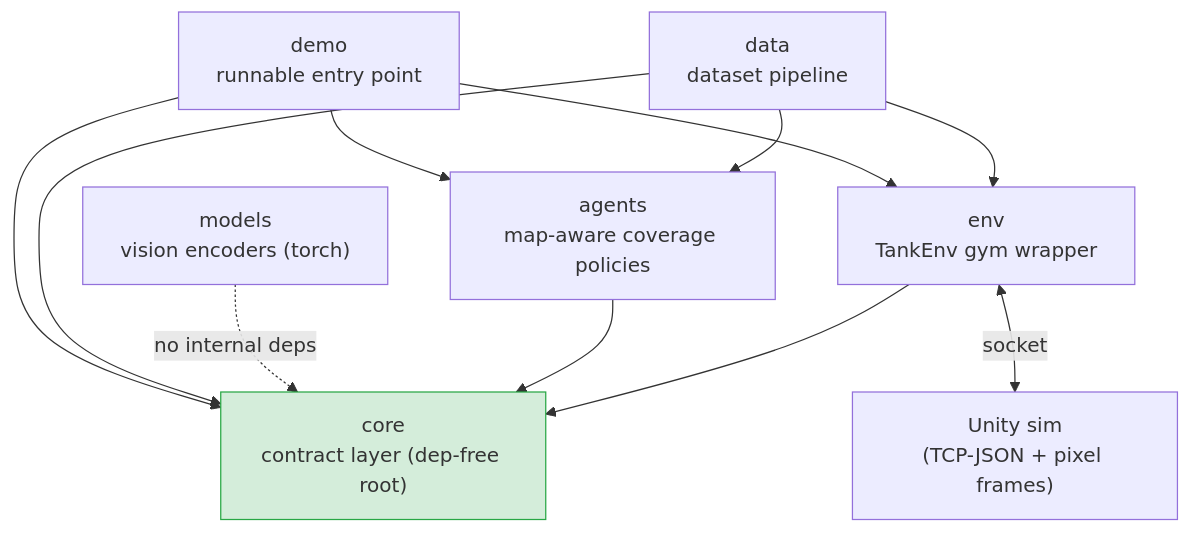
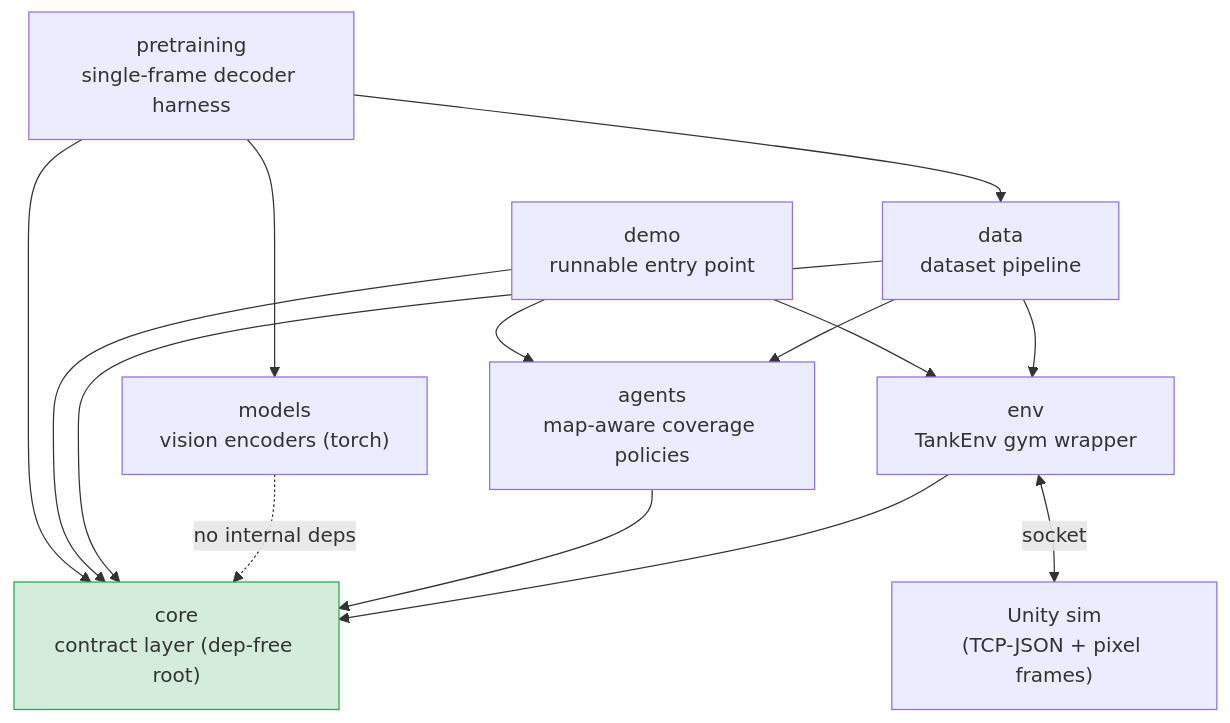
The diagram in docs/README.md (urciuolim/TankTwinStickShooter), drawn with Mermaid before and after one commit. The commit also changed other lines of this file and 22 other files, not shown here.

First line of the commit message:
feat(pretraining): single-frame state-decoder harness + embed-probe

````diff
--- a/docs/README.md
+++ b/docs/README.md
@@ -22,24 +22,28 @@
 ```mermaid
 graph TD
     core["core<br/>contract layer (dep-free root)"]
     models["models<br/>vision encoders (torch)"]
     env["env<br/>TankEnv gym wrapper"]
     agents["agents<br/>map-aware coverage policies"]
     data["data<br/>dataset pipeline"]
     demo["demo<br/>runnable entry point"]
+    pretraining["pretraining<br/>single-frame decoder harness"]
     unity["Unity sim<br/>(TCP-JSON + pixel frames)"]
 
     env --> core
     agents --> core
     models -.->|no internal deps| core
     data --> core
     data --> env
     data --> agents
     demo --> core
     demo --> env
     demo --> agents
+    pretraining --> core
+    pretraining --> models
+    pretraining --> data
     env <-->|socket| unity
 
     classDef root fill:#d4edda,stroke:#28a745;
     class core root;
 ```
````
